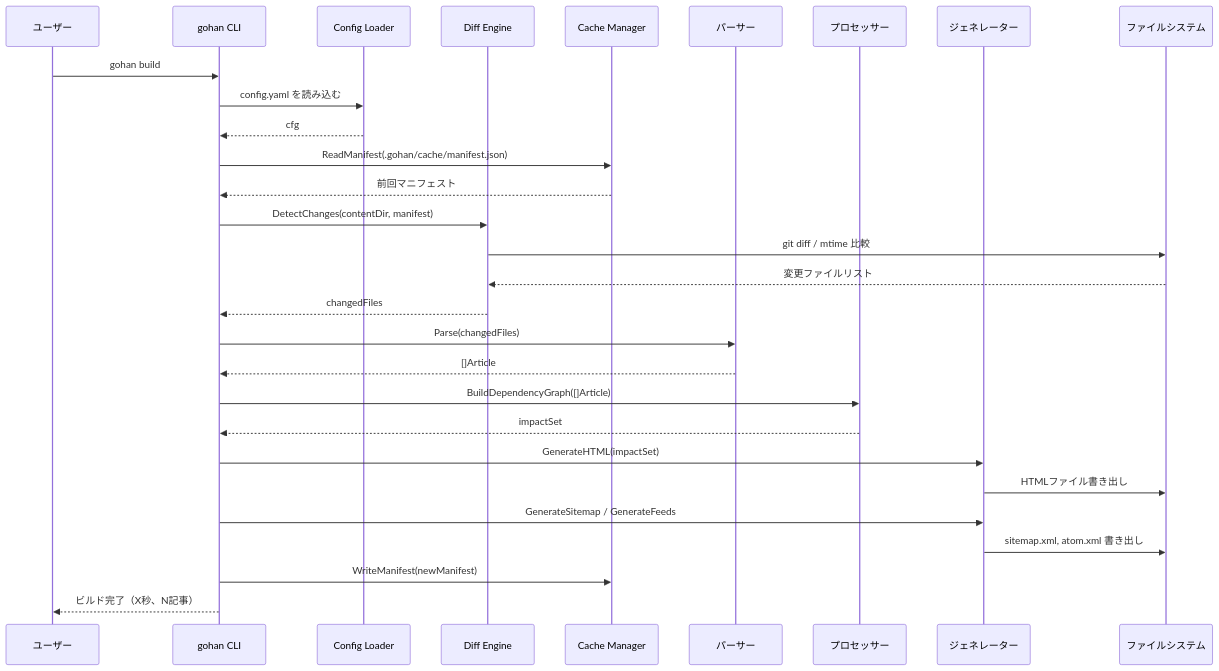
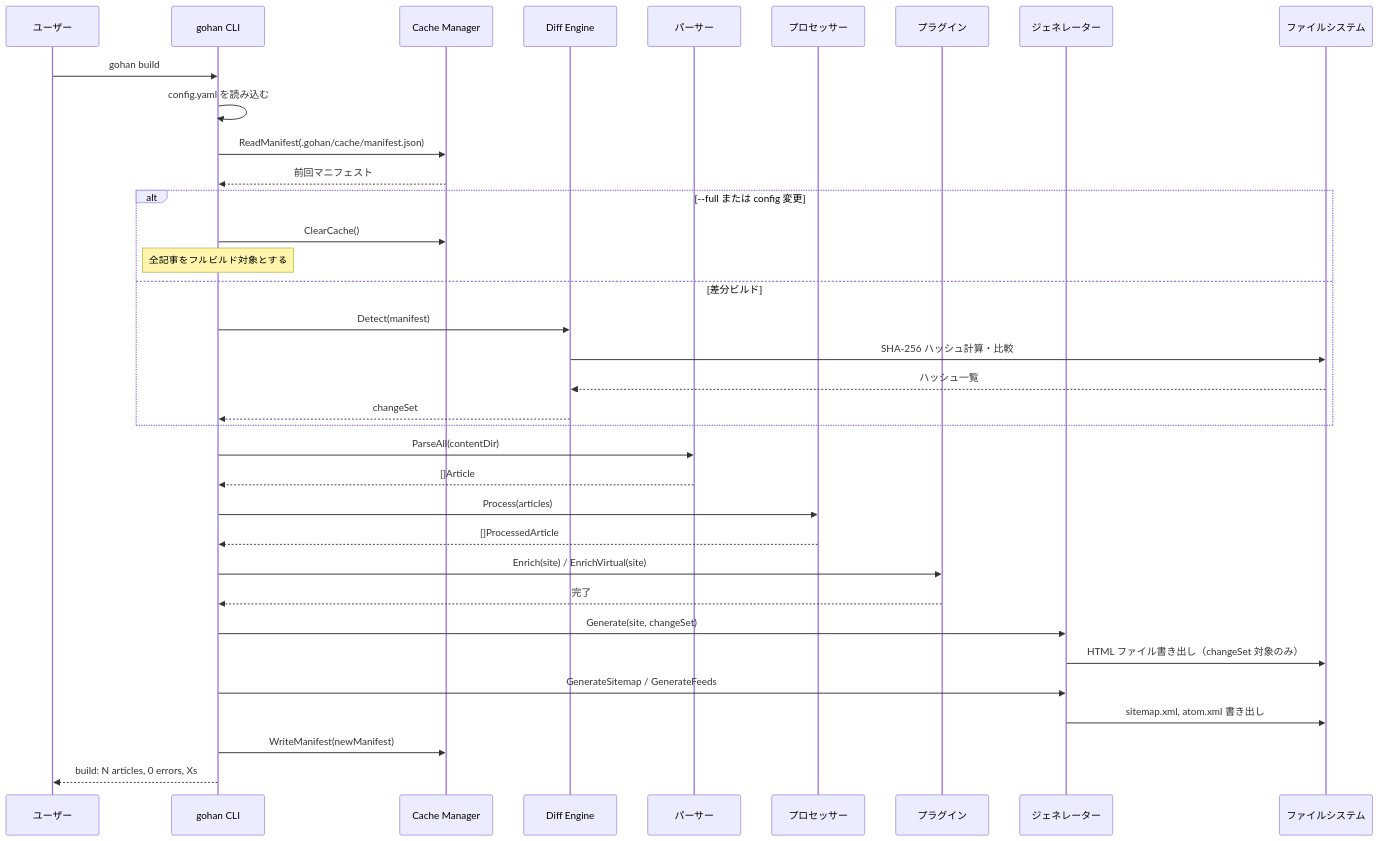
The second of 3 diagrams in content/ja/posts/introducing-gohan-ssg.md (bmf-san/bmf-tech), drawn with Mermaid before and after one commit. The commit also changed 1 other file, not shown here.

Commit message:
fix: buildシーケンス図を実装に合わせて修正 (en+ja)

````diff
--- a/content/ja/posts/introducing-gohan-ssg.md
+++ b/content/ja/posts/introducing-gohan-ssg.md
@@ -153,32 +153,38 @@
 ```mermaid
 sequenceDiagram
     participant User as ユーザー
     participant CLI as gohan CLI
-    participant Config as Config Loader
+    participant Cache as Cache Manager
     participant Diff as Diff Engine
-    participant Cache as Cache Manager
     participant Parser as パーサー
     participant Processor as プロセッサー
+    participant Plugin as プラグイン
     participant Generator as ジェネレーター
     participant FS as ファイルシステム
 
     User->>CLI: gohan build
-    CLI->>Config: config.yaml を読み込む
-    Config-->>CLI: cfg
+    CLI->>CLI: config.yaml を読み込む
     CLI->>Cache: ReadManifest(.gohan/cache/manifest.json)
     Cache-->>CLI: 前回マニフェスト
-    CLI->>Diff: DetectChanges(contentDir, manifest)
-    Diff->>FS: git diff / mtime 比較
-    FS-->>Diff: 変更ファイルリスト
-    Diff-->>CLI: changedFiles
-    CLI->>Parser: Parse(changedFiles)
+    alt --full または config 変更
+        CLI->>Cache: ClearCache()
+        Note over CLI: 全記事をフルビルド対象とする
+    else 差分ビルド
+        CLI->>Diff: Detect(manifest)
+        Diff->>FS: SHA-256 ハッシュ計算・比較
+        FS-->>Diff: ハッシュ一覧
+        Diff-->>CLI: changeSet
+    end
+    CLI->>Parser: ParseAll(contentDir)
     Parser-->>CLI: []Article
-    CLI->>Processor: BuildDependencyGraph([]Article)
-    Processor-->>CLI: impactSet
-    CLI->>Generator: GenerateHTML(impactSet)
-    Generator->>FS: HTMLファイル書き出し
+    CLI->>Processor: Process(articles)
+    Processor-->>CLI: []ProcessedArticle
+    CLI->>Plugin: Enrich(site) / EnrichVirtual(site)
+    Plugin-->>CLI: 完了
+    CLI->>Generator: Generate(site, changeSet)
+    Generator->>FS: HTML ファイル書き出し（changeSet 対象のみ）
     CLI->>Generator: GenerateSitemap / GenerateFeeds
     Generator->>FS: sitemap.xml, atom.xml 書き出し
     CLI->>Cache: WriteManifest(newManifest)
-    CLI-->>User: ビルド完了（X秒、N記事）
+    CLI-->>User: build: N articles, 0 errors, Xs
 ```
````
